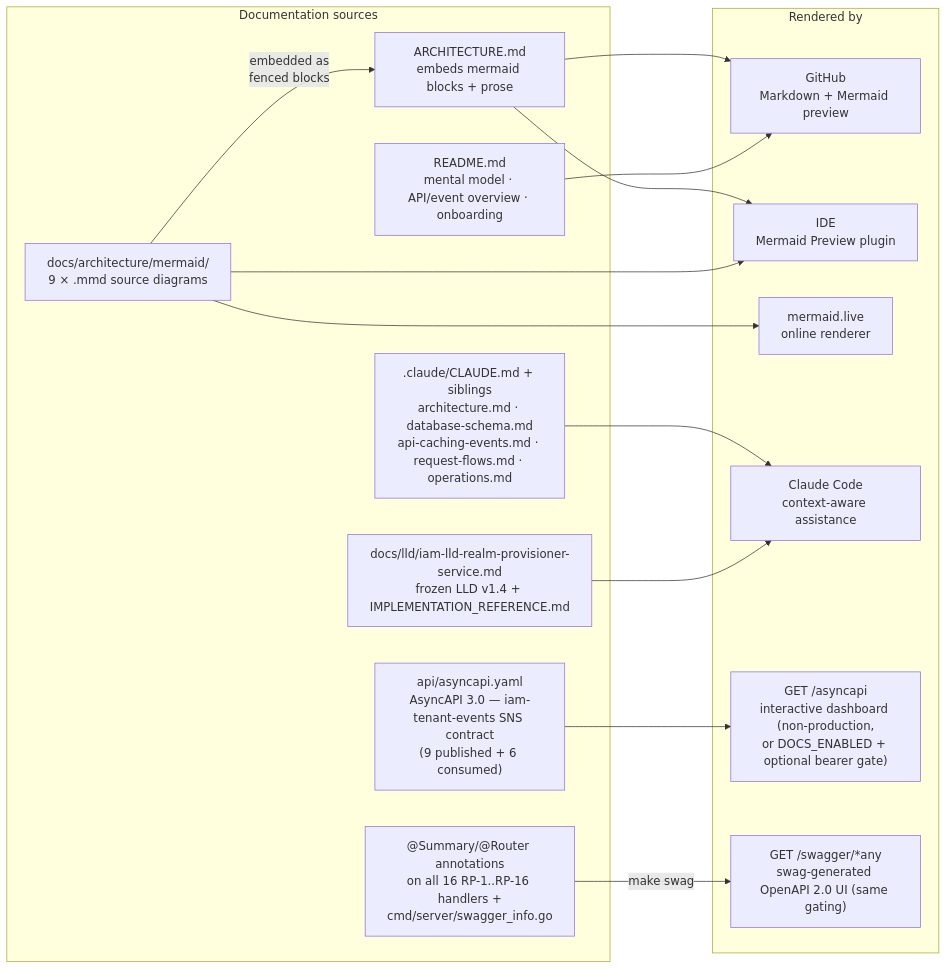
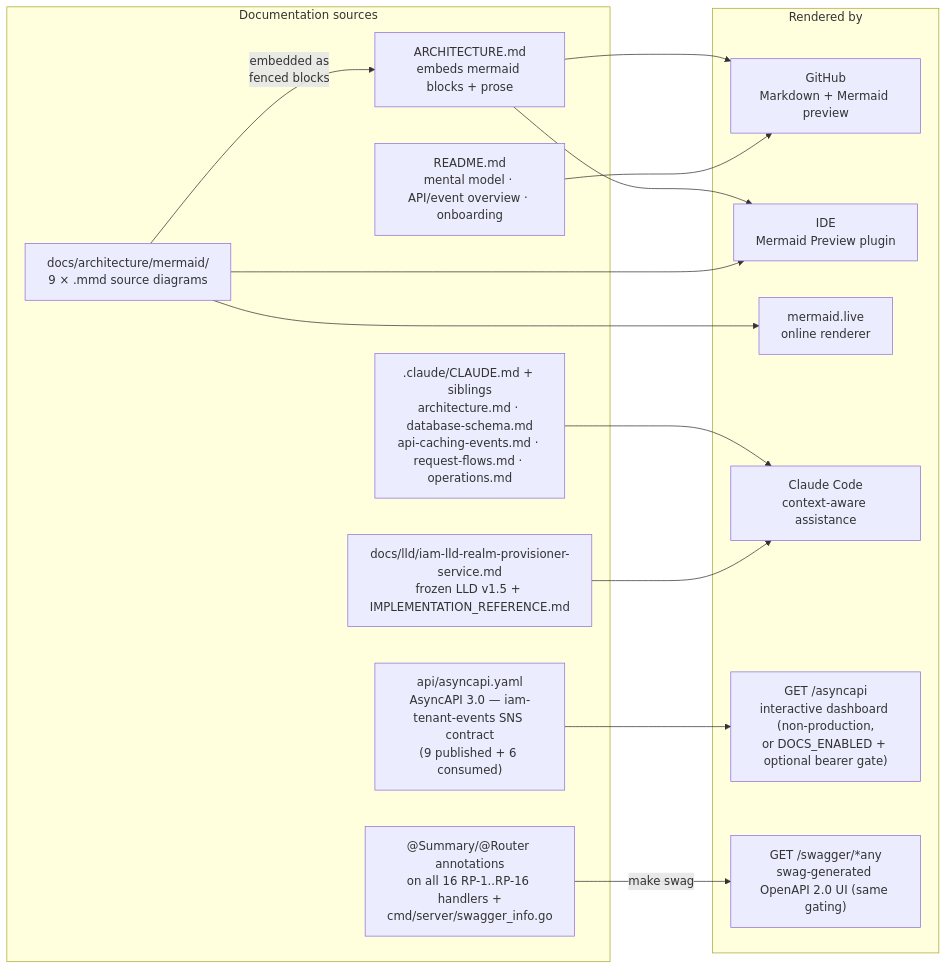
Before and after one commit to BCBP-SOLUTIONS-FZC-LLC/iam-realm-provisioner: the tenth of 10 diagrams in ARCHITECTURE.md, drawn with Mermaid. The commit also changed other lines of this file and 6 other files, not shown here.

````diff
--- a/ARCHITECTURE.md
+++ b/ARCHITECTURE.md
@@ -1039,30 +1039,30 @@
 ```mermaid
 graph LR
     subgraph sources["Documentation sources"]
         mmd["docs/architecture/mermaid/\n9 × .mmd source diagrams"]
         arch["ARCHITECTURE.md\nembeds mermaid blocks + prose"]
         claude[".claude/CLAUDE.md + siblings\narchitecture.md · database-schema.md\napi-caching-events.md · request-flows.md · operations.md"]
         readme["README.md\nmental model · API/event overview · onboarding"]
         asyncapi_yaml["api/asyncapi.yaml\nAsyncAPI 3.0 — iam-tenant-events SNS contract\n(9 published + 6 consumed)"]
         swag_annot["@Summary/@Router annotations\non all 16 RP-1..RP-16 handlers +\ncmd/server/swagger_info.go"]
-        lld["docs/lld/iam-lld-realm-provisioner-service.md\nfrozen LLD v1.4 + IMPLEMENTATION_REFERENCE.md"]
+        lld["docs/lld/iam-lld-realm-provisioner-service.md\nfrozen LLD v1.5 + IMPLEMENTATION_REFERENCE.md"]
     end
 
     subgraph rendered["Rendered by"]
         github["GitHub\nMarkdown + Mermaid preview"]
         ide["IDE\nMermaid Preview plugin"]
         live["mermaid.live\nonline renderer"]
         claude_ai["Claude Code\ncontext-aware assistance"]
         asyncapi_viewer["GET /asyncapi\ninteractive dashboard (non-production,\nor DOCS_ENABLED + optional bearer gate)"]
         swagger_ui["GET /swagger/*any\nswag-generated OpenAPI 2.0 UI (same gating)"]
     end
 
     mmd  -->|"embedded as\nfenced blocks"| arch
     arch --> github & ide
     mmd  --> live & ide
     claude --> claude_ai
     readme --> github
     lld --> claude_ai
     asyncapi_yaml --> asyncapi_viewer
     swag_annot -->|"make swag"| swagger_ui
 ```
````
